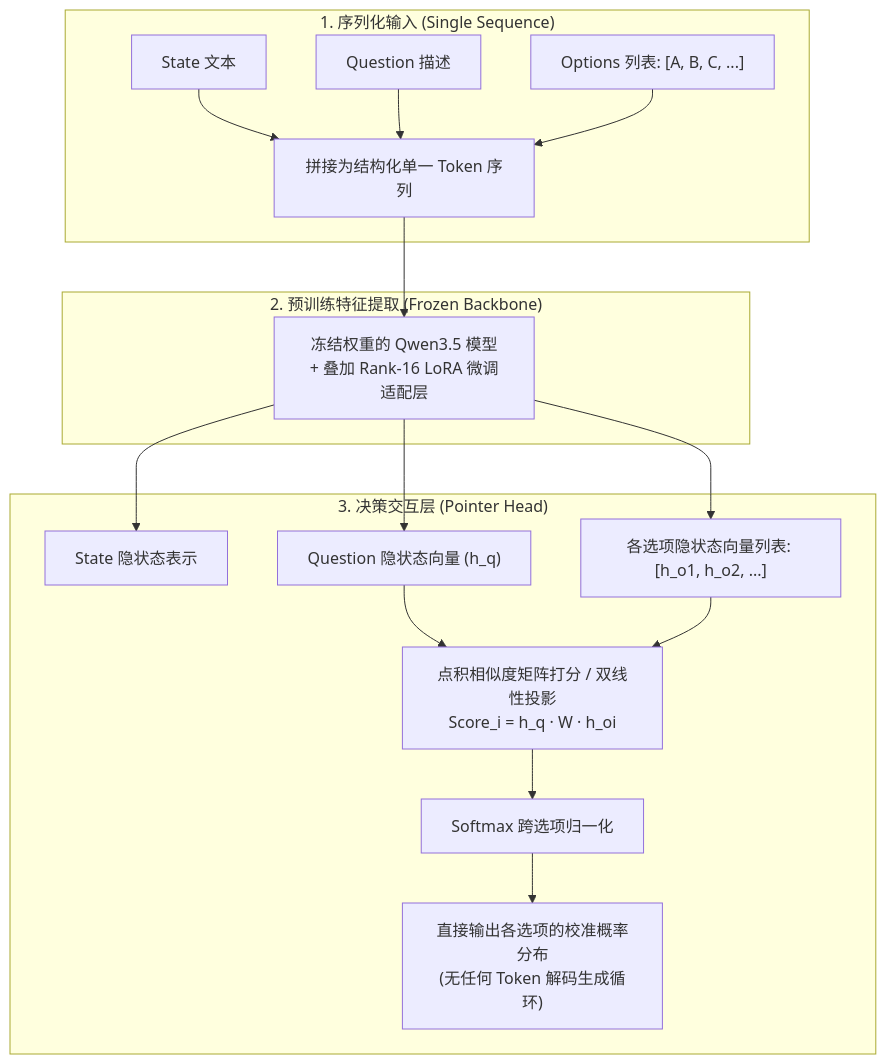
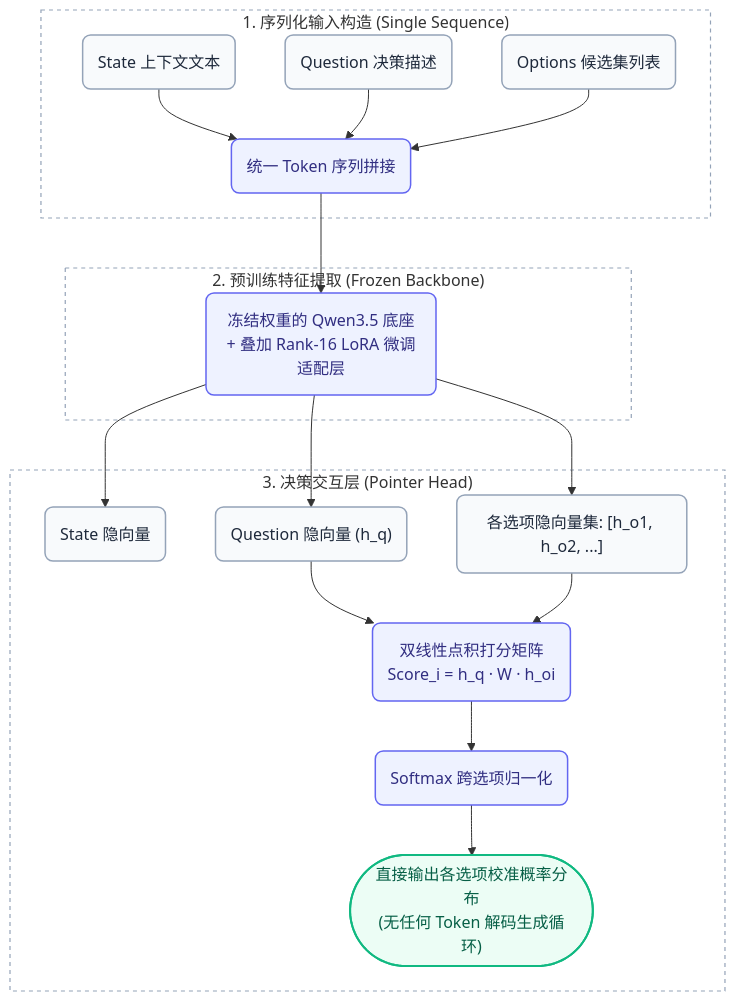
Before and after one commit to hobbytp/hobbytp.github.io: the third of 3 diagrams in content/zh/large_models/jev_typesafe_system_one.md, drawn with Mermaid. The commit also changed other lines of this file and 2 other files, not shown here.

Commit message:
feat: add Mermaid diagram support, custom layouts, and new content pages

````diff
--- a/content/zh/large_models/jev_typesafe_system_one.md
+++ b/content/zh/large_models/jev_typesafe_system_one.md
@@ -493,22 +510,31 @@
 ```mermaid
 flowchart TD
-    subgraph 序列构造与分词["1. 序列化输入 (Single Sequence)"]
-        RawState["State 文本"]
-        RawQ["Question 描述"]
-        RawOpts["Options 列表: [A, B, C, ...]"]
-        RawState & RawQ & RawOpts --> UnifiedInput["拼接为结构化单一 Token 序列"]
+    %% 全局样式定义：圆角、中性微阴影、微边框
+    classDef inputNode fill:#F8FAFC,stroke:#94A3B8,stroke-width:1.5px,rx:8,ry:8,color:#1E293B;
+    classDef processNode fill:#EEF2FF,stroke:#6366F1,stroke-width:1.5px,rx:8,ry:8,color:#312E81;
+    classDef outputNode fill:#ECFDF5,stroke:#10B981,stroke-width:2px,rx:18,ry:18,color:#065F46;
+    classDef subContainer fill:transparent,stroke:#94A3B8,stroke-width:1.2px,stroke-dasharray: 4 4;
+
+    subgraph 序列构造["1. 序列化输入构造 (Single Sequence)"]
+        RawState("State 上下文文本"):::inputNode
+        RawQ("Question 决策描述"):::inputNode
+        RawOpts("Options 候选集列表"):::inputNode
+        RawState & RawQ & RawOpts --> UnifiedInput("统一 Token 序列拼接"):::processNode
     end
+    class 序列构造 subContainer;
 
-    subgraph 冻结底座推理["2. 预训练特征提取 (Frozen Backbone)"]
-        UnifiedInput --> FrozenModel["冻结权重的 Qwen3.5 模型<br/>+ 叠加 Rank-16 LoRA 微调适配层"]
+    subgraph 冻结底座["2. 预训练特征提取 (Frozen Backbone)"]
+        UnifiedInput --> FrozenModel("冻结权重的 Qwen3.5 底座<br/>+ 叠加 Rank-16 LoRA 微调适配层"):::processNode
     end
+    class 冻结底座 subContainer;
 
     subgraph 指针头打分["3. 决策交互层 (Pointer Head)"]
-        FrozenModel --> H_State["State 隐状态表示"]
-        FrozenModel --> H_Q["Question 隐状态向量 (h_q)"]
-        FrozenModel --> H_Opts["各选项隐状态向量列表: [h_o1, h_o2, ...]"]
-        H_Q & H_Opts --> DotProduct["点积相似度矩阵打分 / 双线性投影<br/>Score_i = h_q · W · h_oi"]
-        DotProduct --> Softmax["Softmax 跨选项归一化"]
-        Softmax --> CalibratedOut["直接输出各选项的校准概率分布<br/>(无任何 Token 解码生成循环)"]
+        FrozenModel --> H_State("State 隐向量"):::inputNode
+        FrozenModel --> H_Q("Question 隐向量 (h_q)"):::inputNode
+        FrozenModel --> H_Opts("各选项隐向量集: [h_o1, h_o2, ...]"):::inputNode
+        H_Q & H_Opts --> DotProduct("双线性点积打分矩阵<br/>Score_i = h_q · W · h_oi"):::processNode
+        DotProduct --> Softmax("Softmax 跨选项归一化"):::processNode
+        Softmax --> CalibratedOut(["直接输出各选项校准概率分布<br/>(无任何 Token 解码生成循环)"]):::outputNode
     end
+    class 指针头打分 subContainer;
 ```
````
